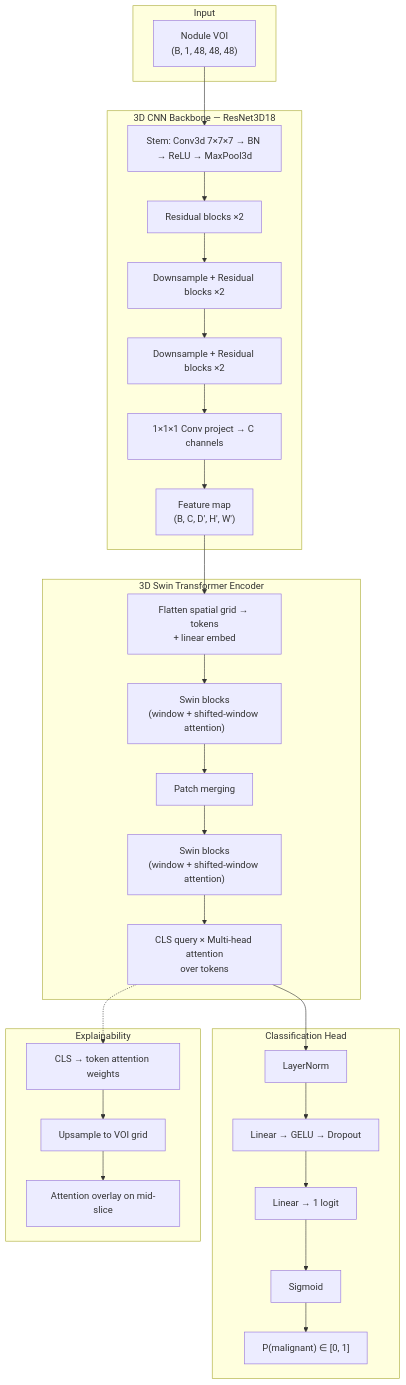
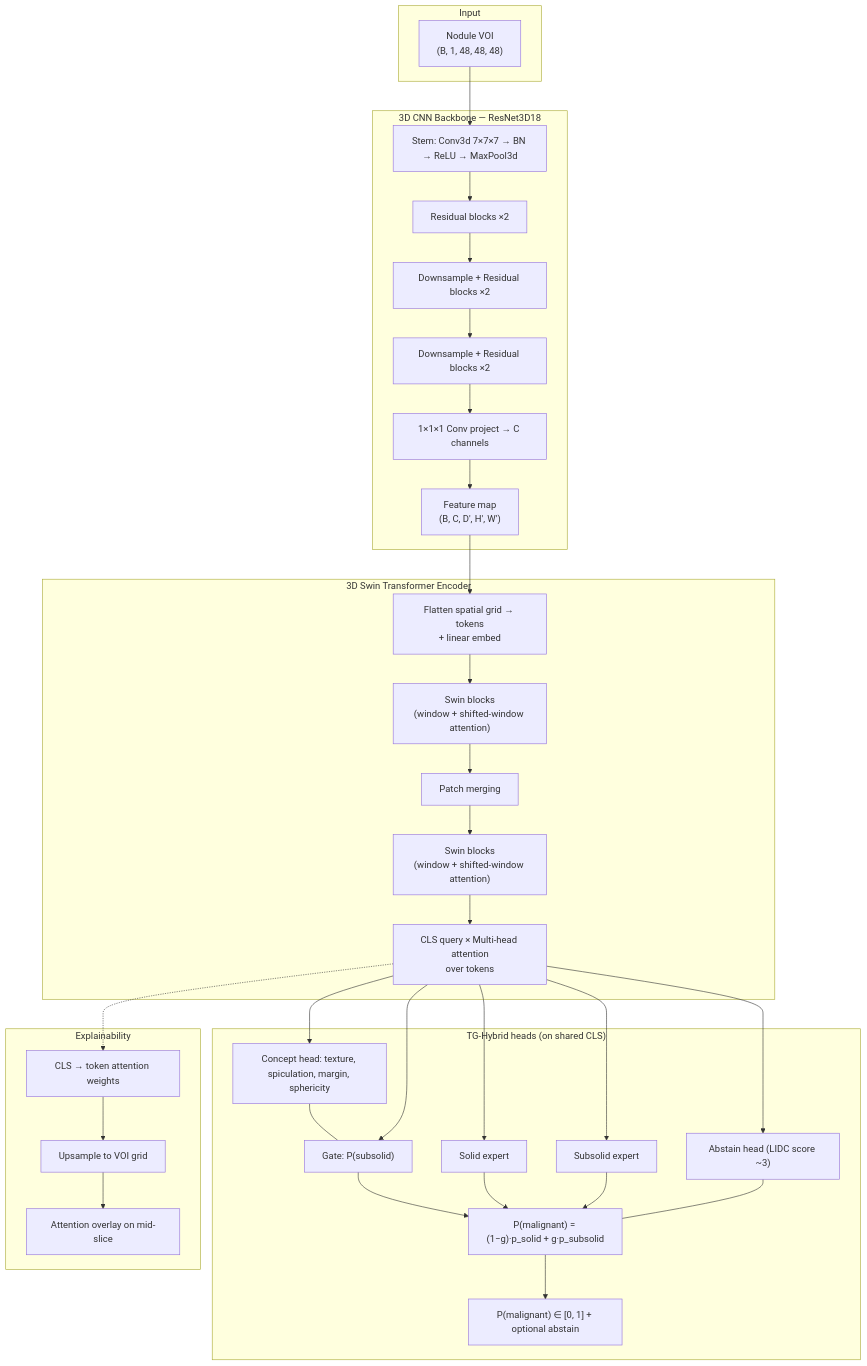
The first of 2 diagrams in docs/MODEL_ARCHITECTURE.md (HMAjay/lcp-cnn), drawn with Mermaid before and after one commit. The commit also changed other lines of this file and 27 other files, not shown here.

First line of the commit message:
feat: add TG-Hybrid heads and training fixes for LIDC accuracy

````diff
--- a/docs/MODEL_ARCHITECTURE.md
+++ b/docs/MODEL_ARCHITECTURE.md
@@ -15,46 +15,57 @@
 ```mermaid
 flowchart TB
     subgraph INPUT["Input"]
         VOI["Nodule VOI<br/>(B, 1, 48, 48, 48)"]
     end
 
     subgraph CNN["3D CNN Backbone — ResNet3D18"]
         STEM["Stem: Conv3d 7×7×7 → BN → ReLU → MaxPool3d"]
         L1["Residual blocks ×2"]
         L2["Downsample + Residual blocks ×2"]
         L3["Downsample + Residual blocks ×2"]
         PROJ["1×1×1 Conv project → C channels"]
         FEAT["Feature map<br/>(B, C, D′, H′, W′)"]
         STEM --> L1 --> L2 --> L3 --> PROJ --> FEAT
     end
 
     subgraph SWIN["3D Swin Transformer Encoder"]
         TOK["Flatten spatial grid → tokens<br/>+ linear embed"]
         S1["Swin blocks<br/>(window + shifted-window attention)"]
         PM["Patch merging"]
         S2["Swin blocks<br/>(window + shifted-window attention)"]
         CLS["CLS query × Multi-head attention<br/>over tokens"]
         TOK --> S1 --> PM --> S2 --> CLS
     end
 
-    subgraph HEAD["Classification Head"]
-        LN["LayerNorm"]
-        FC1["Linear → GELU → Dropout"]
-        FC2["Linear → 1 logit"]
-        SIG["Sigmoid"]
-        OUT["P(malignant) ∈ [0, 1]"]
-        LN --> FC1 --> FC2 --> SIG --> OUT
+    subgraph HEAD["TG-Hybrid heads (on shared CLS)"]
+        CON["Concept head: texture, spiculation, margin, sphericity"]
+        GATE["Gate: P(subsolid)"]
+        SOL["Solid expert"]
+        SUB["Subsolid expert"]
+        ABS["Abstain head (LIDC score ~3)"]
+        MIX["P(malignant) = (1−g)·p_solid + g·p_subsolid"]
+        GATE --> MIX
+        SOL --> MIX
+        SUB --> MIX
+        CON --- GATE
+        ABS --- MIX
+        OUT["P(malignant) ∈ [0, 1] + optional abstain"]
+        MIX --> OUT
     end
 
     subgraph XAI["Explainability"]
         ATTN["CLS → token attention weights"]
         UP["Upsample to VOI grid"]
         OV["Attention overlay on mid-slice"]
         ATTN --> UP --> OV
     end
 
     VOI --> STEM
     FEAT --> TOK
-    CLS --> LN
+    CLS --> CON
+    CLS --> GATE
+    CLS --> SOL
+    CLS --> SUB
+    CLS --> ABS
     CLS -.-> ATTN
 ```
````
